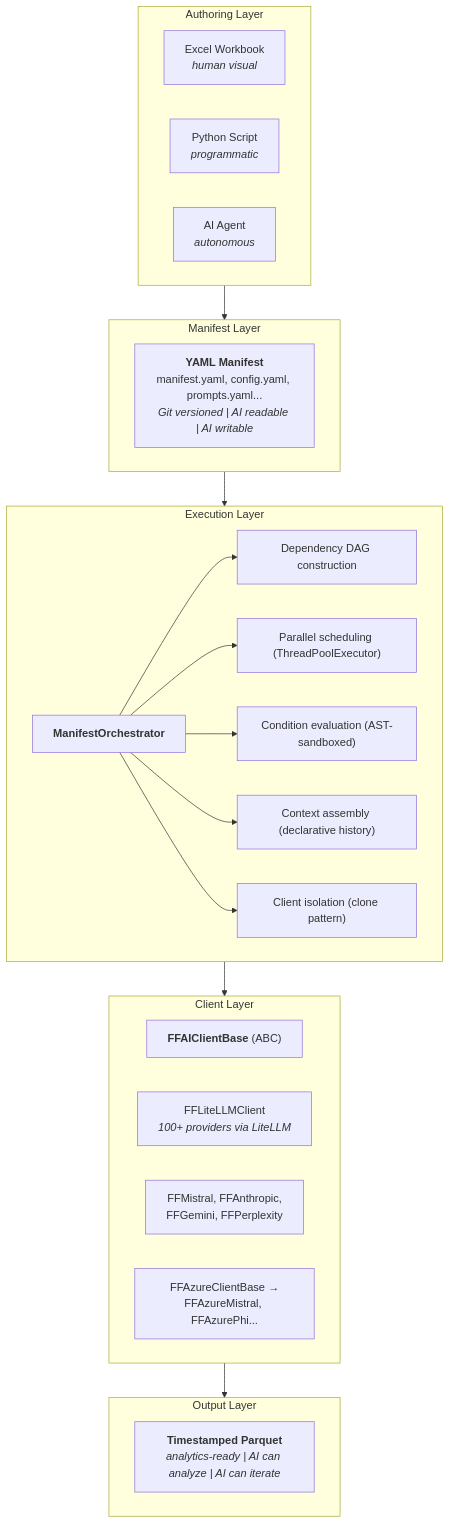
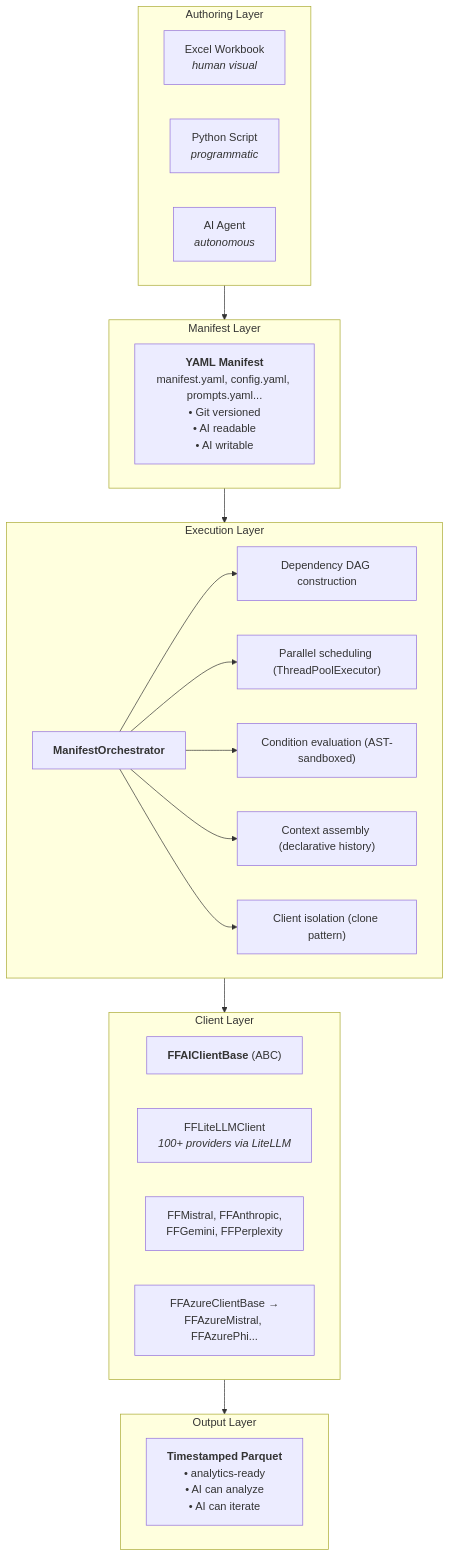
Before and after one commit to antquinonez/plico: the second of 2 diagrams in README.md, drawn with Mermaid. The commit also changed other lines of this file, not shown here.

Commit message:
style: use bullet formatting in Mermaid diagram labels

````diff
--- a/README.md
+++ b/README.md
@@ -676,35 +676,35 @@
 ```mermaid
 flowchart TB
     subgraph L1["Authoring Layer"]
         A1["Excel Workbook<br/><i>human visual</i>"]
         A2["Python Script<br/><i>programmatic</i>"]
         A3["AI Agent<br/><i>autonomous</i>"]
     end
 
     subgraph L2["Manifest Layer"]
-        M["<b>YAML Manifest</b><br/>manifest.yaml, config.yaml, prompts.yaml...<br/><i>Git versioned | AI readable | AI writable</i>"]
+        M["<b>YAML Manifest</b><br/>manifest.yaml, config.yaml, prompts.yaml...<br/>• Git versioned<br/>• AI readable<br/>• AI writable"]
     end
 
     subgraph L3["Execution Layer"]
         E["<b>ManifestOrchestrator</b>"]
         E1["Dependency DAG construction"]
         E2["Parallel scheduling (ThreadPoolExecutor)"]
         E3["Condition evaluation (AST-sandboxed)"]
         E4["Context assembly (declarative history)"]
         E5["Client isolation (clone pattern)"]
         E --> E1 & E2 & E3 & E4 & E5
     end
 
     subgraph L4["Client Layer"]
         C["<b>FFAIClientBase</b> (ABC)"]
         C1["FFLiteLLMClient<br/><i>100+ providers via LiteLLM</i>"]
         C2["FFMistral, FFAnthropic,<br/>FFGemini, FFPerplexity"]
         C3["FFAzureClientBase →<br/>FFAzureMistral, FFAzurePhi..."]
     end
 
     subgraph L5["Output Layer"]
-        O["<b>Timestamped Parquet</b><br/><i>analytics-ready | AI can analyze | AI can iterate</i>"]
+        O["<b>Timestamped Parquet</b><br/>• analytics-ready<br/>• AI can analyze<br/>• AI can iterate"]
     end
 
     L1 --> L2 --> L3 --> L4 --> L5
 ```
````
